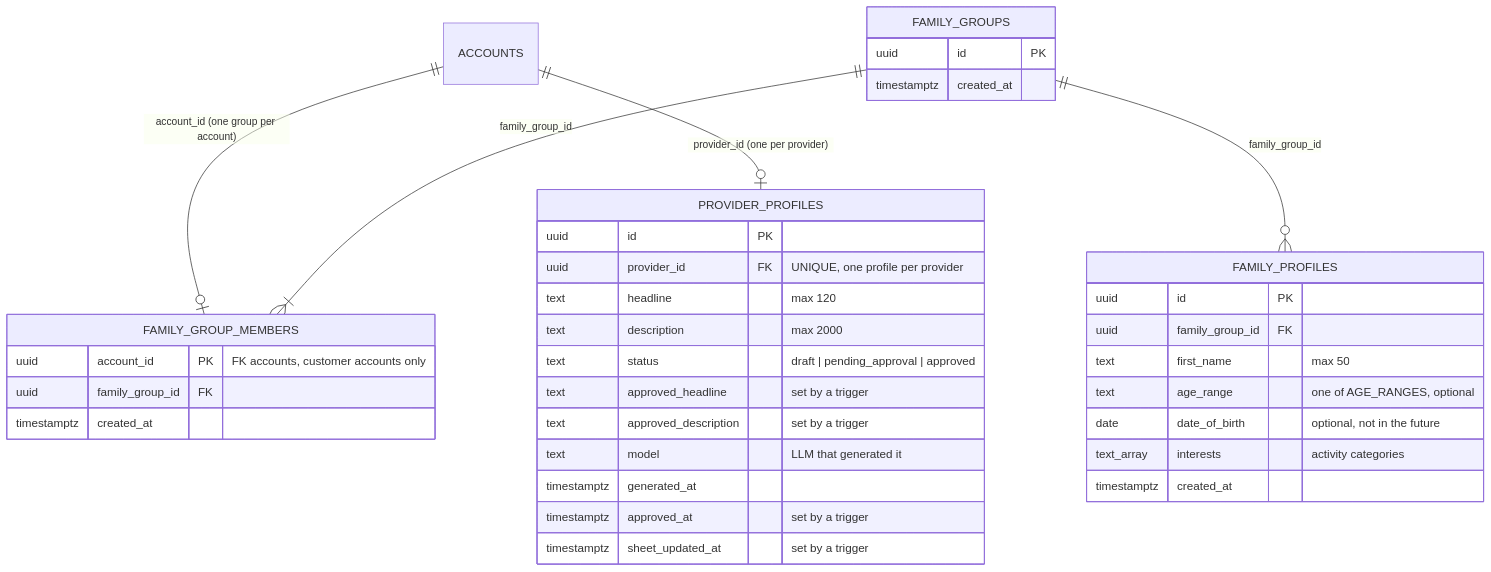
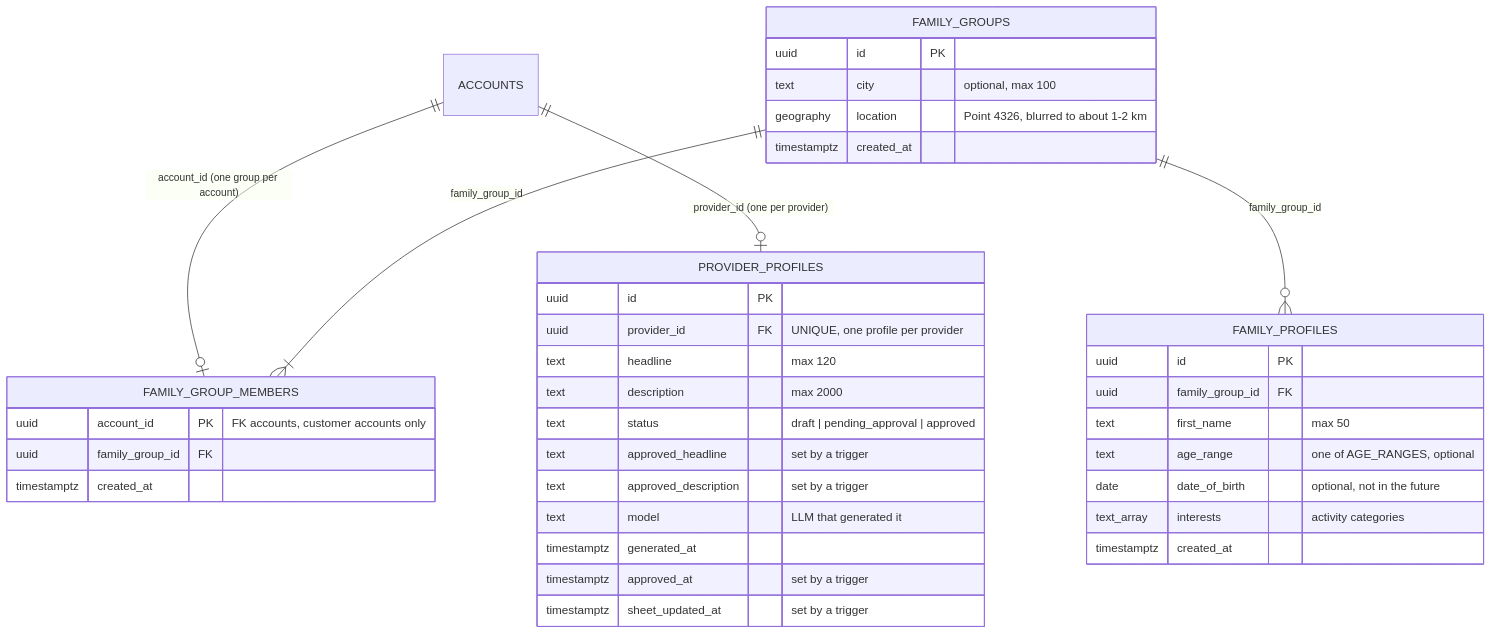
Before and after one commit to ednasolans/AfterBell: the second of 2 diagrams in docs/decisions/database.md, drawn with Mermaid. The commit also changed other lines of this file and 4 other files, not shown here.

````diff
--- a/docs/decisions/database.md
+++ b/docs/decisions/database.md
@@ -127,39 +128,41 @@
 ```mermaid
 erDiagram
     ACCOUNTS ||--o| FAMILY_GROUP_MEMBERS : "account_id (one group per account)"
     FAMILY_GROUPS ||--|{ FAMILY_GROUP_MEMBERS : "family_group_id"
     FAMILY_GROUPS ||--o{ FAMILY_PROFILES : "family_group_id"
     ACCOUNTS ||--o| PROVIDER_PROFILES : "provider_id (one per provider)"
 
     FAMILY_GROUPS {
         uuid id PK
+        text city "optional, max 100"
+        geography location "Point 4326, blurred to about 1-2 km"
         timestamptz created_at
     }
     FAMILY_GROUP_MEMBERS {
         uuid account_id PK "FK accounts, customer accounts only"
         uuid family_group_id FK
         timestamptz created_at
     }
     FAMILY_PROFILES {
         uuid id PK
         uuid family_group_id FK
         text first_name "max 50"
         text age_range "one of AGE_RANGES, optional"
         date date_of_birth "optional, not in the future"
         text_array interests "activity categories"
         timestamptz created_at
     }
     PROVIDER_PROFILES {
         uuid id PK
         uuid provider_id FK "UNIQUE, one profile per provider"
         text headline "max 120"
         text description "max 2000"
         text status "draft | pending_approval | approved"
         text approved_headline "set by a trigger"
         text approved_description "set by a trigger"
         text model "LLM that generated it"
         timestamptz generated_at
         timestamptz approved_at "set by a trigger"
         timestamptz sheet_updated_at "set by a trigger"
     }
 ```
````
